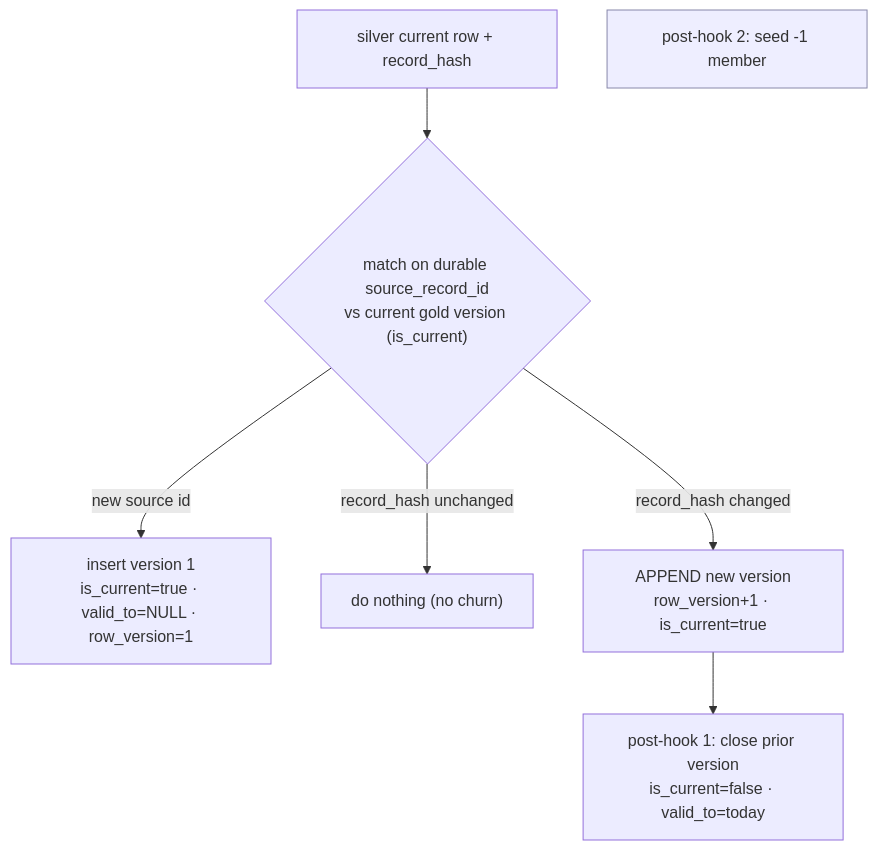
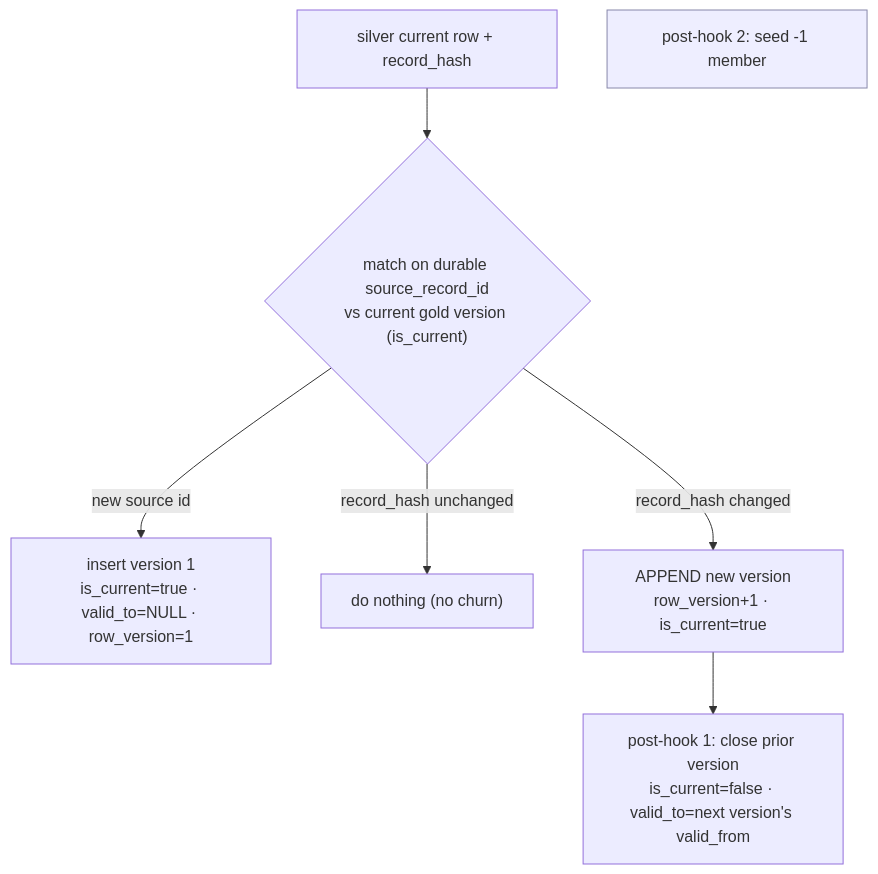
One commit to SnowOfCry/PrintTimeUSADW changed the fifth of 6 diagrams in docs/dbt/transformation_flow_silver_gold.md. Above: the diagram before and after it, drawn with Mermaid. The commit also changed other lines of this file and 7 other files, not shown here.

````diff
--- a/docs/dbt/transformation_flow_silver_gold.md
+++ b/docs/dbt/transformation_flow_silver_gold.md
@@ -104,10 +104,10 @@
 ```mermaid
 flowchart TD
   s["silver current row + record_hash"] --> cmp{"match on durable source_record_id<br/>vs current gold version (is_current)"}
   cmp -->|new source id| v1["insert version 1<br/>is_current=true · valid_to=NULL · row_version=1"]
   cmp -->|record_hash unchanged| noop["do nothing (no churn)"]
   cmp -->|record_hash changed| vN["APPEND new version<br/>row_version+1 · is_current=true"]
-  vN --> close["post-hook 1: close prior version<br/>is_current=false · valid_to=today"]
+  vN --> close["post-hook 1: close prior version<br/>is_current=false · valid_to=next version's valid_from"]
   seed["post-hook 2: seed -1 member"]:::side
   classDef side fill:#eef,stroke:#88a
 ```
````
